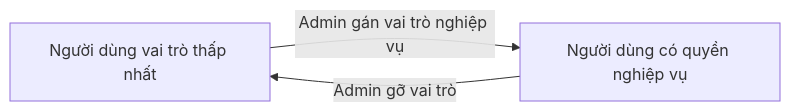
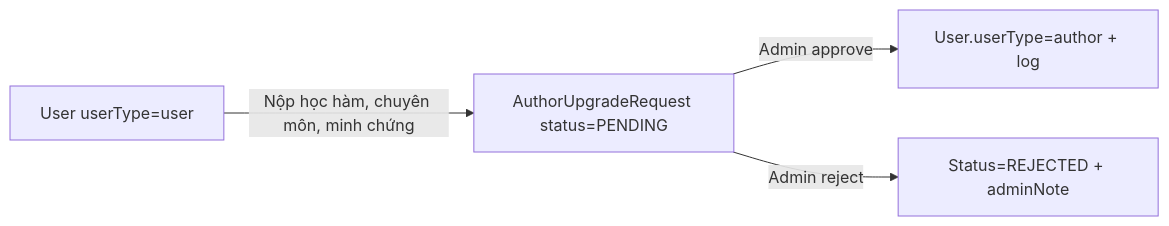
One commit to PTZero2026/rms-docs changed the fourth of 4 diagrams in docs/features/B03-quan-ly-nguoi-dung/spec.md. Above: the diagram before and after it, drawn with Mermaid. The commit also changed other lines of this file, not shown here.

````diff
--- a/docs/features/B03-quan-ly-nguoi-dung/spec.md
+++ b/docs/features/B03-quan-ly-nguoi-dung/spec.md
@@ -137,5 +153,6 @@
 ```mermaid
 flowchart LR
-    U[Người dùng vai trò thấp nhất] -->|Admin gán vai trò nghiệp vụ| R[Người dùng có quyền nghiệp vụ]
-    R -->|Admin gỡ vai trò| U
+    U[User userType=user] -->|Nộp học hàm, chuyên môn, minh chứng| R[AuthorUpgradeRequest status=PENDING]
+    R -->|Admin approve| A[User.userType=author + log]
+    R -->|Admin reject| X[Status=REJECTED + adminNote]
 ```
````
